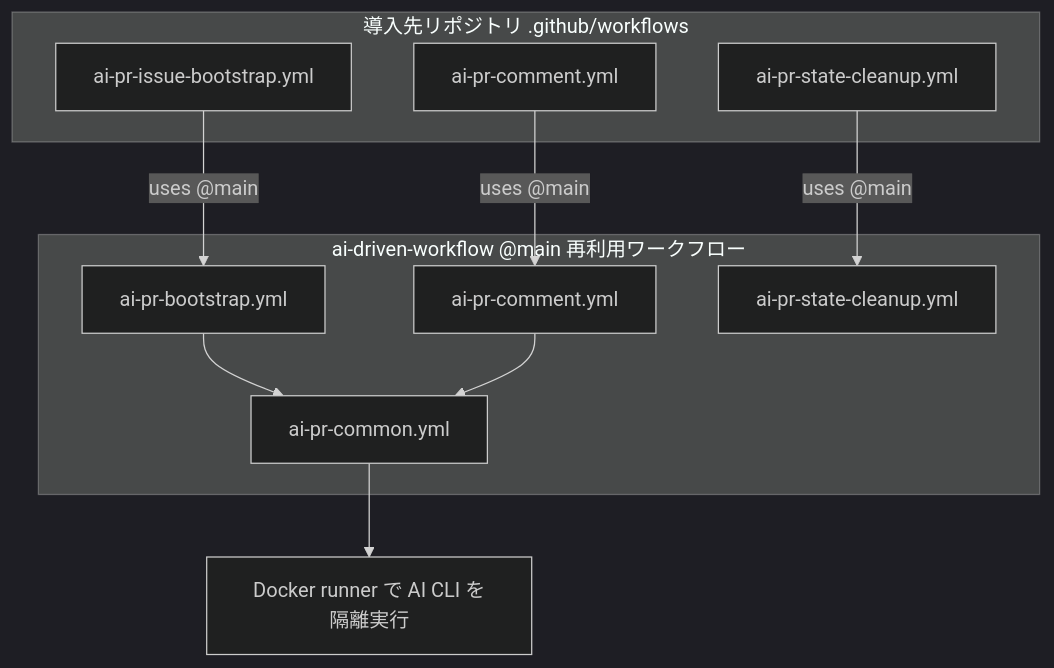
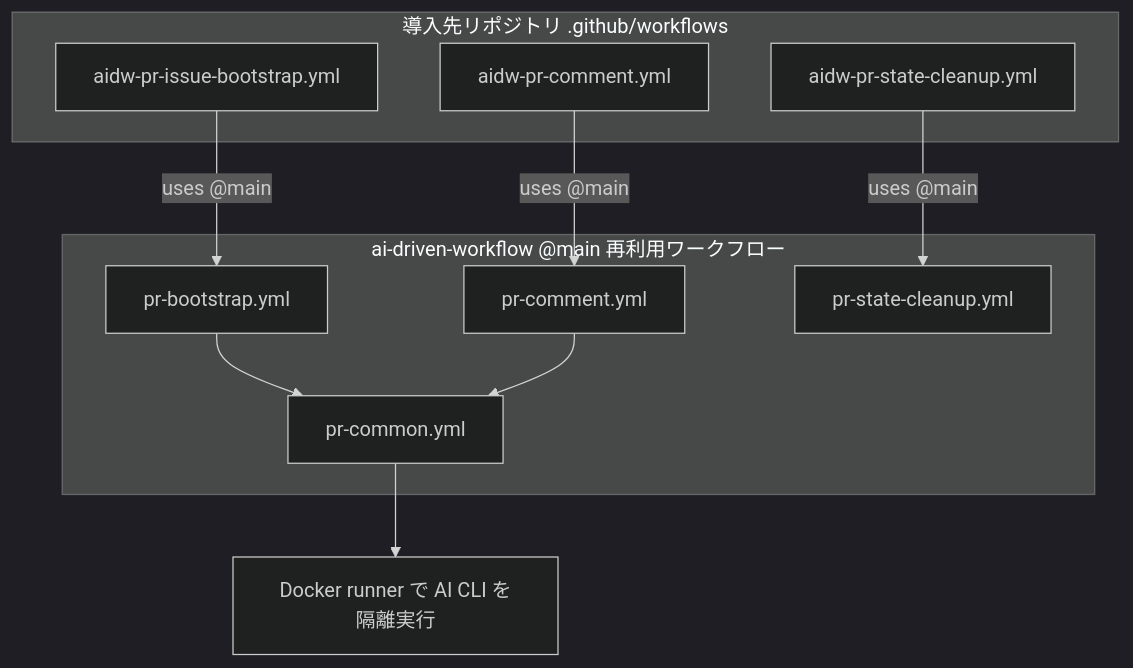
Before and after one commit to tetetratra/ai-driven-workflow: the diagram in README.md, drawn with Mermaid (dark theme). The commit also changed other lines of this file and 5 other files, not shown here.

````diff
--- a/README.md
+++ b/README.md
@@ -18,18 +18,18 @@
 ```mermaid
 flowchart TD
   subgraph consumer [導入先リポジトリ .github/workflows]
-    T1[ai-pr-issue-bootstrap.yml]
-    T2[ai-pr-comment.yml]
-    T3[ai-pr-state-cleanup.yml]
+    T1[aidw-pr-issue-bootstrap.yml]
+    T2[aidw-pr-comment.yml]
+    T3[aidw-pr-state-cleanup.yml]
   end
   subgraph tool [ai-driven-workflow @main 再利用ワークフロー]
-    R1[ai-pr-bootstrap.yml]
-    R2[ai-pr-comment.yml]
-    R3[ai-pr-common.yml]
-    R4[ai-pr-state-cleanup.yml]
+    R1[pr-bootstrap.yml]
+    R2[pr-comment.yml]
+    R3[pr-common.yml]
+    R4[pr-state-cleanup.yml]
   end
   T1 -- "uses @main" --> R1 --> R3
   T2 -- "uses @main" --> R2 --> R3
   T3 -- "uses @main" --> R4
   R3 --> D[Docker runner で AI CLI を隔離実行]
 ```
````
